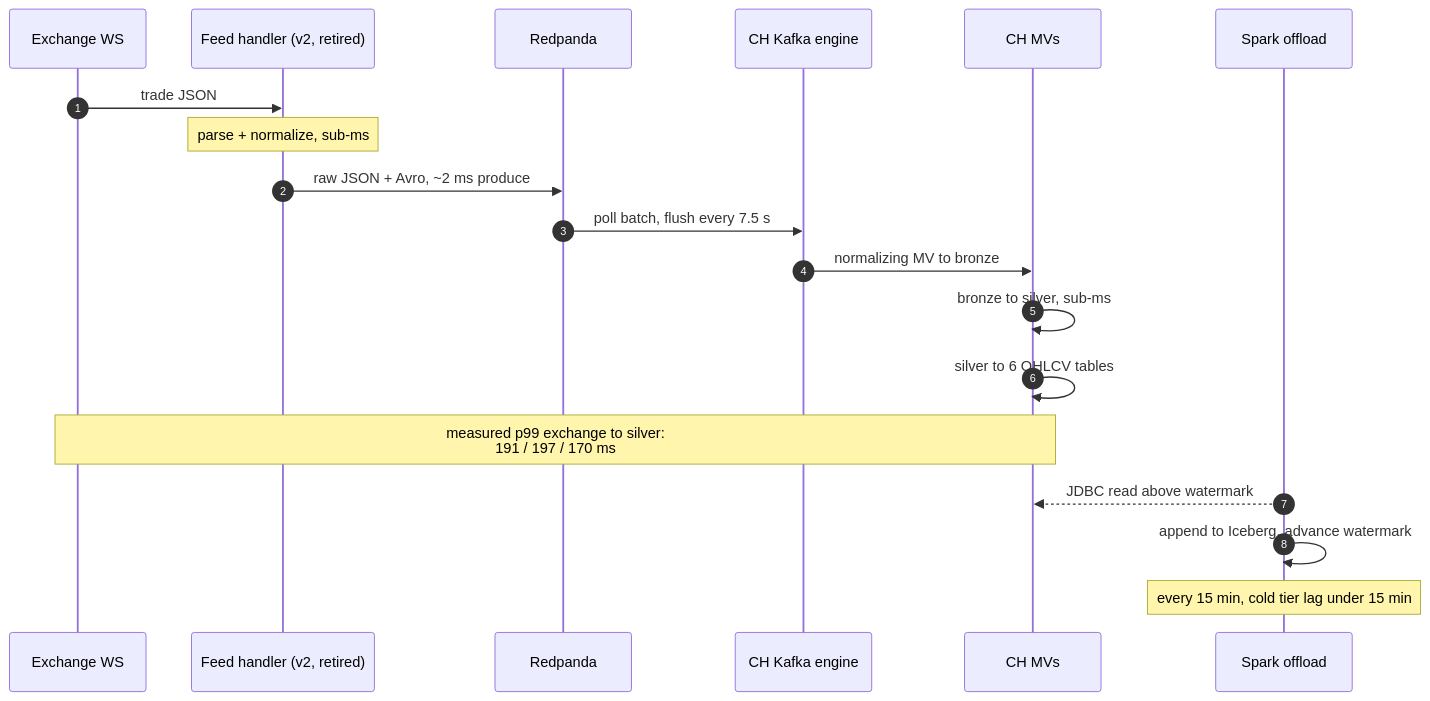
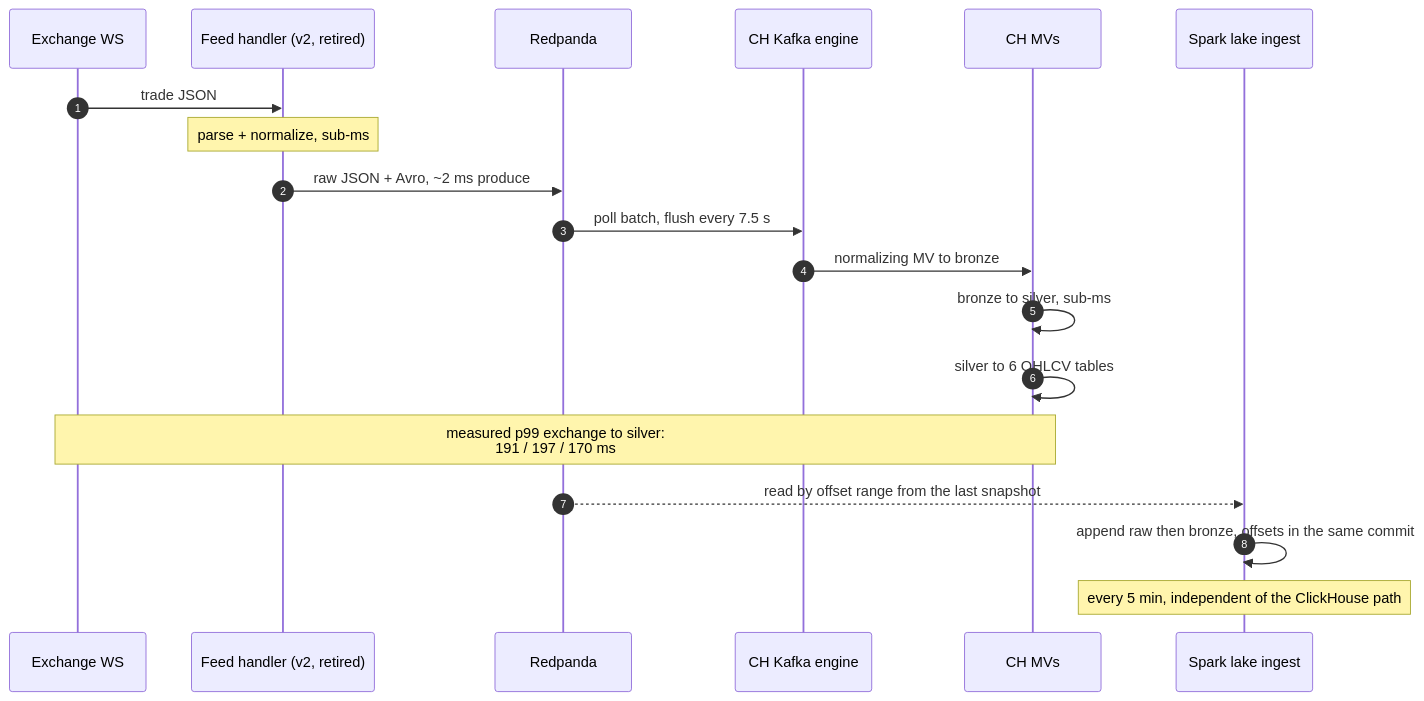
The second of 5 diagrams in docs/architecture/README.md (rjdscott/k2-market-data-platform), drawn with Mermaid before and after one commit. The commit also changed other lines of this file and 128 other files, not shown here.

First line of the commit message:
feat(v3): Phase D — lake tier on Lakekeeper + MinIO, replaces docker/offload (#77)

````diff
--- a/docs/architecture/README.md
+++ b/docs/architecture/README.md
@@ -162,22 +162,22 @@
 ```mermaid
 sequenceDiagram
     autonumber
     participant EX as Exchange WS
     participant FH as Feed handler (v2, retired)
     participant RP as Redpanda
     participant KE as CH Kafka engine
     participant MV as CH MVs
-    participant SP as Spark offload
+    participant SP as Spark lake ingest
 
     EX->>FH: trade JSON
     Note over FH: parse + normalize, sub-ms
     FH->>RP: raw JSON + Avro, ~2 ms produce
     RP->>KE: poll batch, flush every 7.5 s
     KE->>MV: normalizing MV to bronze
     MV->>MV: bronze to silver, sub-ms
     MV->>MV: silver to 6 OHLCV tables
     Note over EX,MV: measured p99 exchange to silver:<br/>191 / 197 / 170 ms
-    SP-->>MV: JDBC read above watermark
-    SP->>SP: append to Iceberg, advance watermark
-    Note over SP: every 15 min, cold tier lag under 15 min
+    RP-->>SP: read by offset range from the last snapshot
+    SP->>SP: append raw then bronze, offsets in the same commit
+    Note over SP: every 5 min, independent of the ClickHouse path
 ```
````
